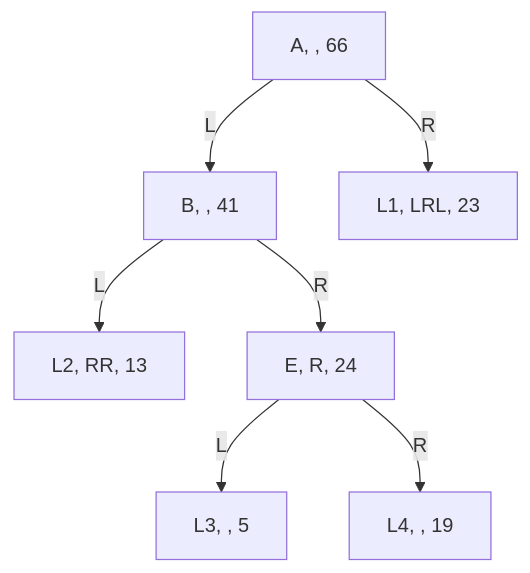
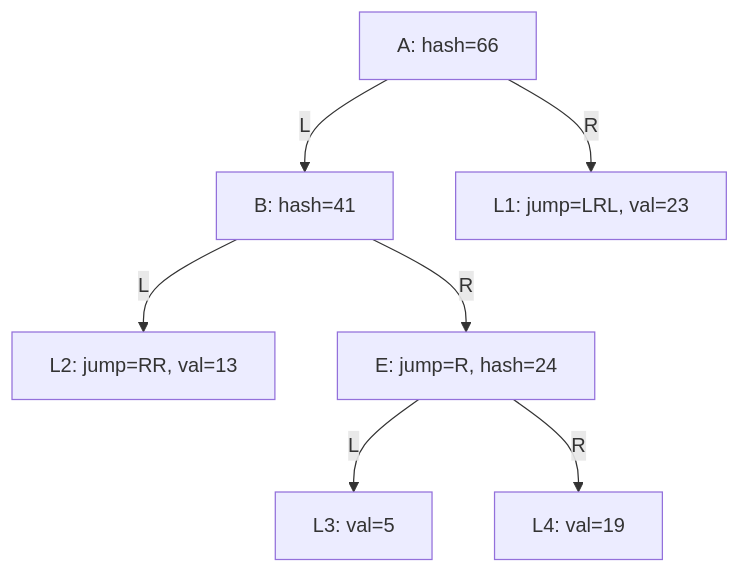
One commit to paolino/haskell-csmt changed the diagram in docs/architecture/example.md. Above: the diagram before and after it, drawn with Mermaid. The commit also changed other lines of this file and 4 other files, not shown here.

First line of the commit message:
docs: improve architecture documentation

````diff
--- a/docs/architecture/example.md
+++ b/docs/architecture/example.md
@@ -44,9 +46,9 @@
 ```mermaid
 graph TD
-    A[A, , 66] --> |L| B[B, , 41]
-    A --> |R|L1[L1, LRL, 23]
-    B --> |L| L2[L2, RR, 13]
-    B --> |R| E[E, R, 24]
-    E --> |L| L3[L3, , 5]
-    E --> |R| L4[L4, , 19]
+    A["A: hash=66"] --> |L| B["B: hash=41"]
+    A --> |R| L1["L1: jump=LRL, val=23"]
+    B --> |L| L2["L2: jump=RR, val=13"]
+    B --> |R| E["E: jump=R, hash=24"]
+    E --> |L| L3["L3: val=5"]
+    E --> |R| L4["L4: val=19"]
 ```
````
